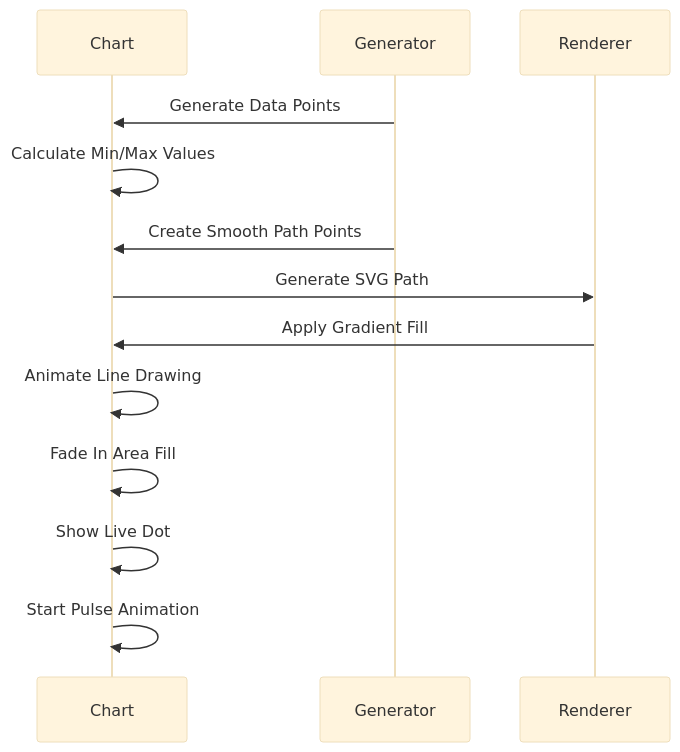
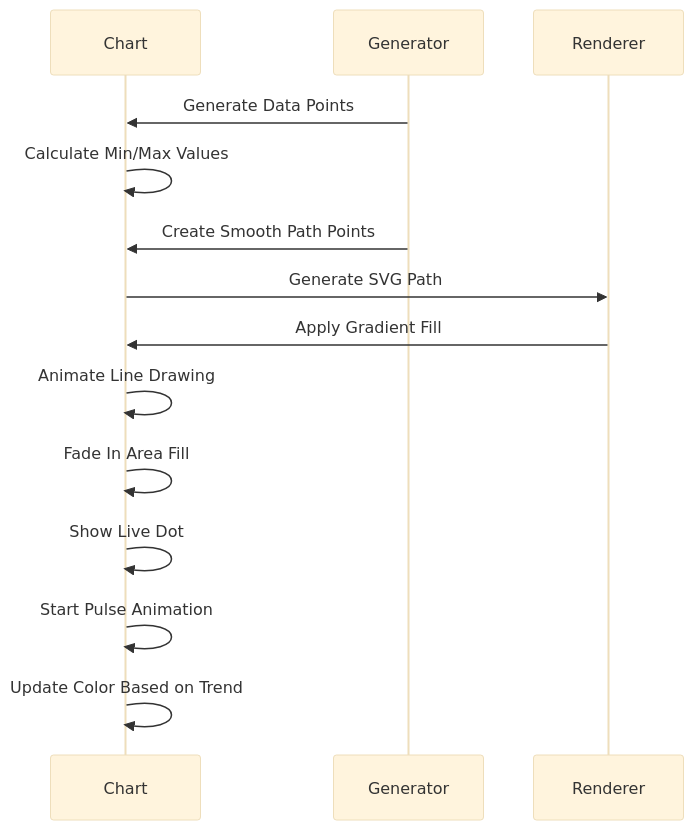
The sixth of 6 diagrams in .qoder/repowiki/en/content/User Interface Components.md (ayushtiwari1526/TheReinforcers_AyushTiwari), drawn with Mermaid (base theme) before and after one commit. The commit also changed other lines of this file and 9 other files, not shown here.

````diff
--- a/.qoder/repowiki/en/content/User Interface Components.md
+++ b/.qoder/repowiki/en/content/User Interface Components.md
@@ -305,15 +356,16 @@
 ```mermaid
 sequenceDiagram
 participant Chart
 participant Generator
 participant Renderer
 Generator->>Chart : Generate Data Points
 Chart->>Chart : Calculate Min/Max Values
 Generator->>Chart : Create Smooth Path Points
 Chart->>Renderer : Generate SVG Path
 Renderer->>Chart : Apply Gradient Fill
 Chart->>Chart : Animate Line Drawing
 Chart->>Chart : Fade In Area Fill
 Chart->>Chart : Show Live Dot
 Chart->>Chart : Start Pulse Animation
+Chart->>Chart : Update Color Based on Trend
 ```
````
